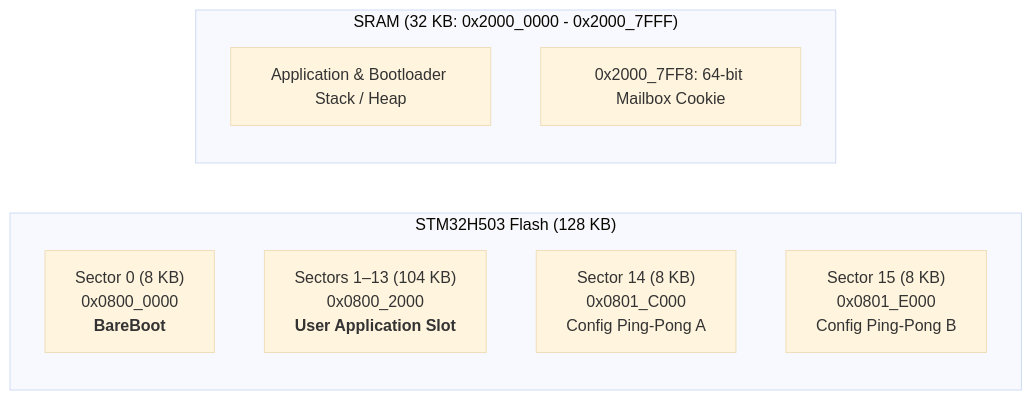
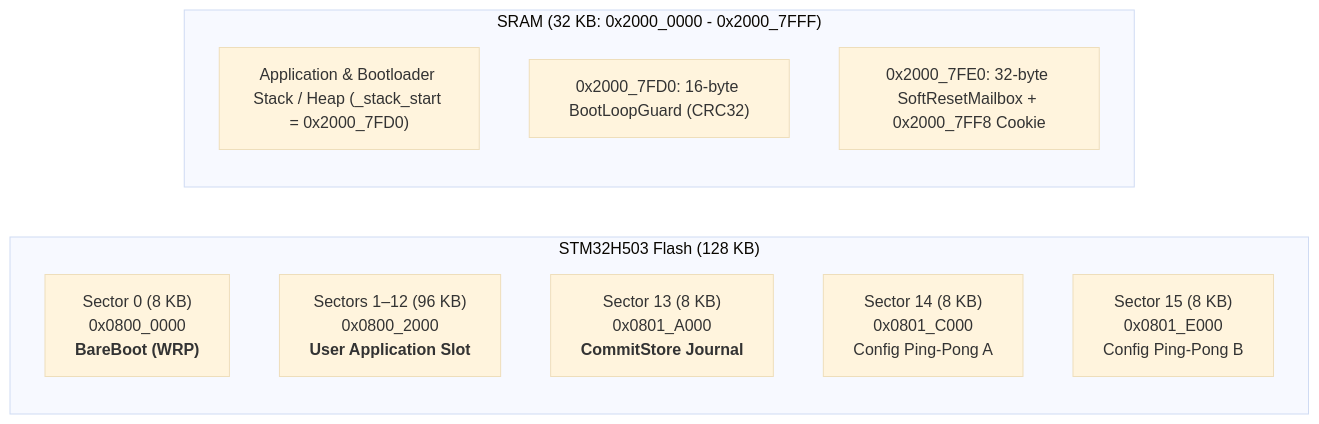
The diagram in bareboot/targets/stm32h5.md (bareFOC/barefoc.github.io), drawn with Mermaid (base theme) before and after one commit. The commit also changed other lines of this file and 3 other files, not shown here.

Commit message:
docs: update BareBoot I3C/STM32H5, FishyServo, and barefoc-master documentation

````diff
--- a/bareboot/targets/stm32h5.md
+++ b/bareboot/targets/stm32h5.md
@@ -37,16 +39,18 @@
 ```mermaid
 flowchart LR
     subgraph Flash128K ["STM32H503 Flash (128 KB)"]
         direction TB
-        S0["Sector 0 (8 KB)<br/>0x0800_0000<br/><b>BareBoot</b>"]
-        S1["Sectors 1–13 (104 KB)<br/>0x0800_2000<br/><b>User Application Slot</b>"]
+        S0["Sector 0 (8 KB)<br/>0x0800_0000<br/><b>BareBoot (WRP)</b>"]
+        S1["Sectors 1–12 (96 KB)<br/>0x0800_2000<br/><b>User Application Slot</b>"]
+        S13["Sector 13 (8 KB)<br/>0x0801_A000<br/><b>CommitStore Journal</b>"]
         S14["Sector 14 (8 KB)<br/>0x0801_C000<br/>Config Ping-Pong A"]
         S15["Sector 15 (8 KB)<br/>0x0801_E000<br/>Config Ping-Pong B"]
     end
 
     subgraph RAM32K ["SRAM (32 KB: 0x2000_0000 - 0x2000_7FFF)"]
         direction TB
-        RAM_APP["Application & Bootloader Stack / Heap"]
-        RAM_BOX["0x2000_7FF8: 64-bit Mailbox Cookie"]
+        RAM_APP["Application & Bootloader Stack / Heap (_stack_start = 0x2000_7FD0)"]
+        RAM_GUARD["0x2000_7FD0: 16-byte BootLoopGuard (CRC32)"]
+        RAM_BOX["0x2000_7FE0: 32-byte SoftResetMailbox + 0x2000_7FF8 Cookie"]
     end
 ```
````
